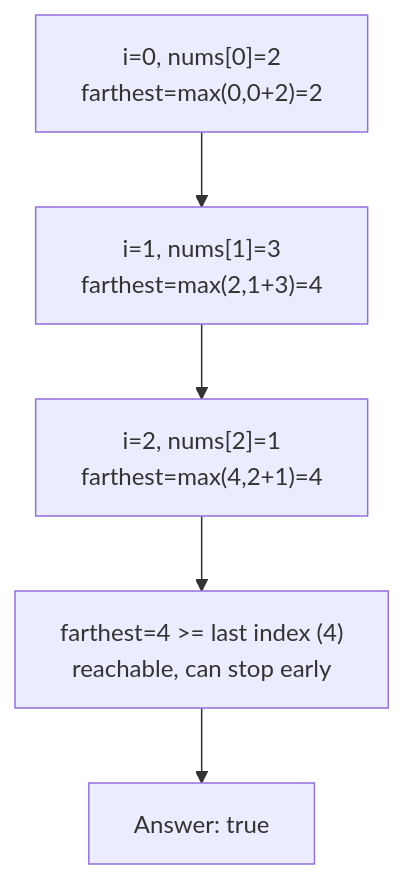
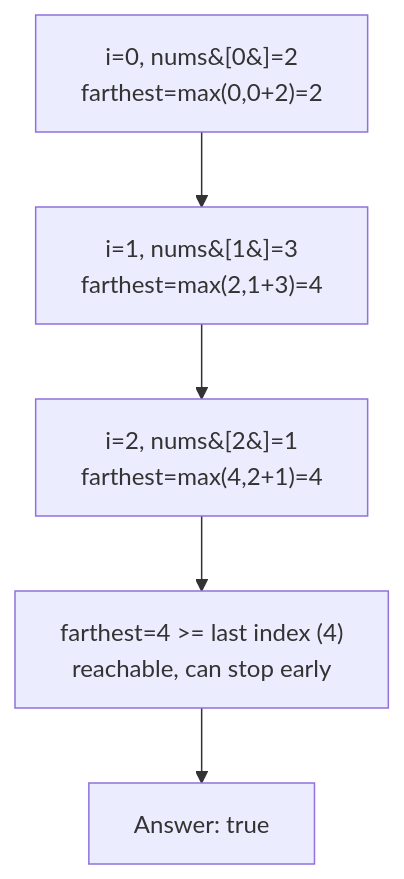
Before and after one commit to Aryan-Jadon18/dsa-placement-prep: the diagram in topics/15-greedy/02-jump-game/README.md, drawn with Mermaid. The commit also changed 52 other files, not shown here.

First line of the commit message:
Fix Mermaid diagrams not rendering on GitHub

````diff
--- a/topics/15-greedy/02-jump-game/README.md
+++ b/topics/15-greedy/02-jump-game/README.md
@@ -49,7 +49,7 @@
 ```mermaid
 flowchart TD
-    A["i=0, nums[0]=2<br/>farthest=max(0,0+2)=2"] --> B["i=1, nums[1]=3<br/>farthest=max(2,1+3)=4"]
-    B --> C["i=2, nums[2]=1<br/>farthest=max(4,2+1)=4"]
+    A["i=0, nums&#91;0&#93;=2<br/>farthest=max(0,0+2)=2"] --> B["i=1, nums&#91;1&#93;=3<br/>farthest=max(2,1+3)=4"]
+    B --> C["i=2, nums&#91;2&#93;=1<br/>farthest=max(4,2+1)=4"]
     C --> D["farthest=4 >= last index (4)<br/>reachable, can stop early"]
     D --> E["Answer: true"]
 ```
````
